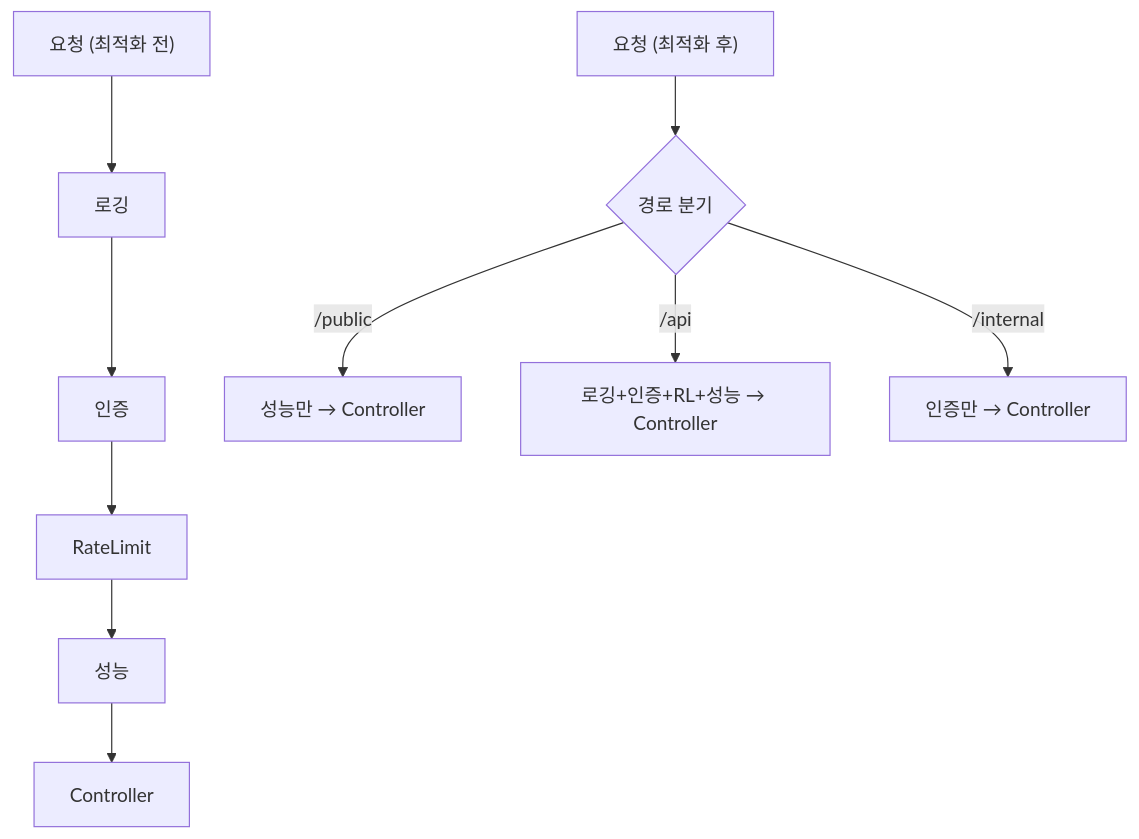
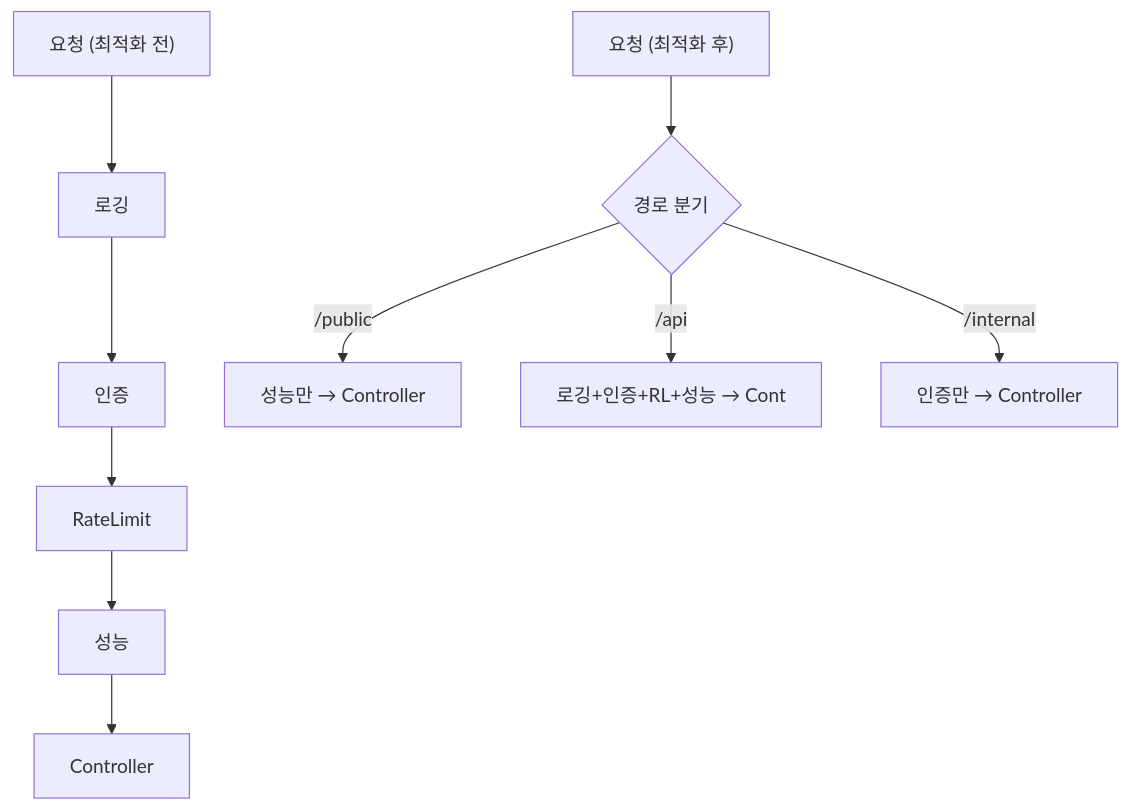
Before and after one commit to yjkim2015/yjkim2015.github.io: the seventh of 8 diagrams in _posts/spring/2026-05-02-spring-interceptor.md, drawn with Mermaid. The commit also changed other lines of this file and 271 other files, not shown here.

First line of the commit message:
Mermaid 라벨 축소: 긴 노드 텍스트 18자 이하로 트림 + \n 제거

````diff
--- a/_posts/spring/2026-05-02-spring-interceptor.md
+++ b/_posts/spring/2026-05-02-spring-interceptor.md
@@ -1078,8 +1078,8 @@
 ```mermaid
 graph TD
     A["요청 (최적화 전)"] --> B["로깅"] --> C["인증"] --> D["RateLimit"] --> E["성능"] --> F["Controller"]
     A2["요청 (최적화 후)"] --> G{"경로 분기"}
     G -->|"/public"| H["성능만 → Controller"]
-    G -->|"/api"| I["로깅+인증+RL+성능 → Controller"]
+    G -->|"/api"| I["로깅+인증+RL+성능 → Cont"]
     G -->|"/internal"| J["인증만 → Controller"]
 ```
````
